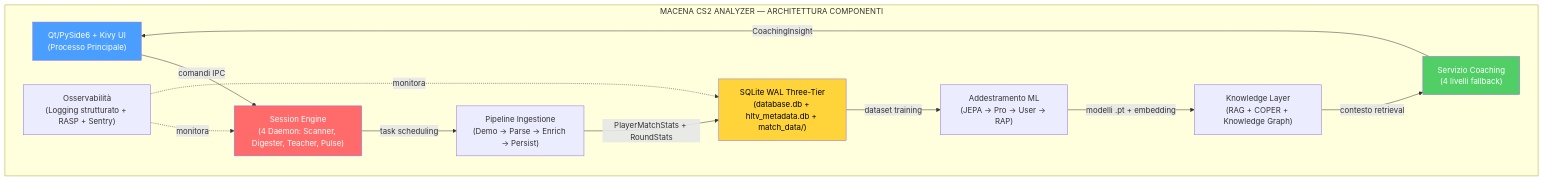
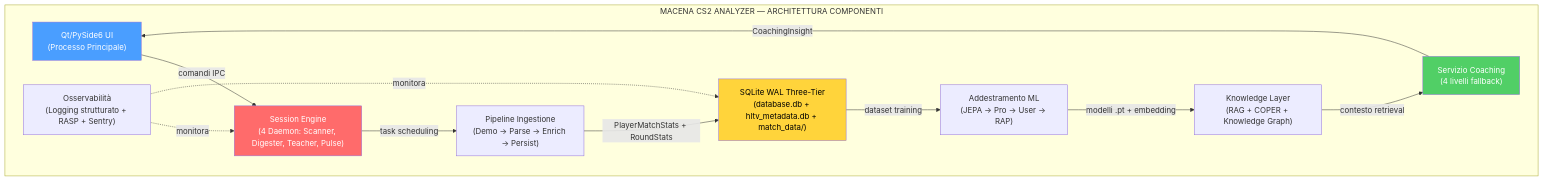
Before and after one commit to renanaugustomacena-ux/Counter-Strike-coach-AI: the ninth of 53 diagrams in docs/books/Book-Coach-3.md, drawn with Mermaid. The commit also changed other lines of this file and 2 other files, not shown here.

First line of the commit message:
docs: update Book-Coach-3 trilogy — remove Kivy, fix screen/test counts

````diff
--- a/docs/books/Book-Coach-3.md
+++ b/docs/books/Book-Coach-3.md
@@ -596,26 +596,26 @@
 ```mermaid
 flowchart TB
     subgraph SYSTEM["MACENA CS2 ANALYZER — ARCHITETTURA COMPONENTI"]
-        UI["Qt/PySide6 + Kivy UI<br/>(Processo Principale)"]
+        UI["Qt/PySide6 UI<br/>(Processo Principale)"]
         SE["Session Engine<br/>(4 Daemon: Scanner, Digester, Teacher, Pulse)"]
         DB["SQLite WAL Three-Tier<br/>(database.db + hltv_metadata.db + match_data/)"]
         INGEST["Pipeline Ingestione<br/>(Demo → Parse → Enrich → Persist)"]
         TRAIN["Addestramento ML<br/>(JEPA → Pro → User → RAP)"]
         KB["Knowledge Layer<br/>(RAG + COPER + Knowledge Graph)"]
         COACH["Servizio Coaching<br/>(4 livelli fallback)"]
         OBS["Osservabilità<br/>(Logging strutturato + RASP + Sentry)"]
     end
     UI -->|"comandi IPC"| SE
     SE -->|"task scheduling"| INGEST
     INGEST -->|"PlayerMatchStats + RoundStats"| DB
     DB -->|"dataset training"| TRAIN
     TRAIN -->|"modelli .pt + embedding"| KB
     KB -->|"contesto retrieval"| COACH
     COACH -->|"CoachingInsight"| UI
     OBS -.->|"monitora"| SE
     OBS -.->|"monitora"| DB
     style UI fill:#4a9eff,color:#fff
     style SE fill:#ff6b6b,color:#fff
     style DB fill:#ffd43b,color:#000
     style COACH fill:#51cf66,color:#fff
 ```
````
